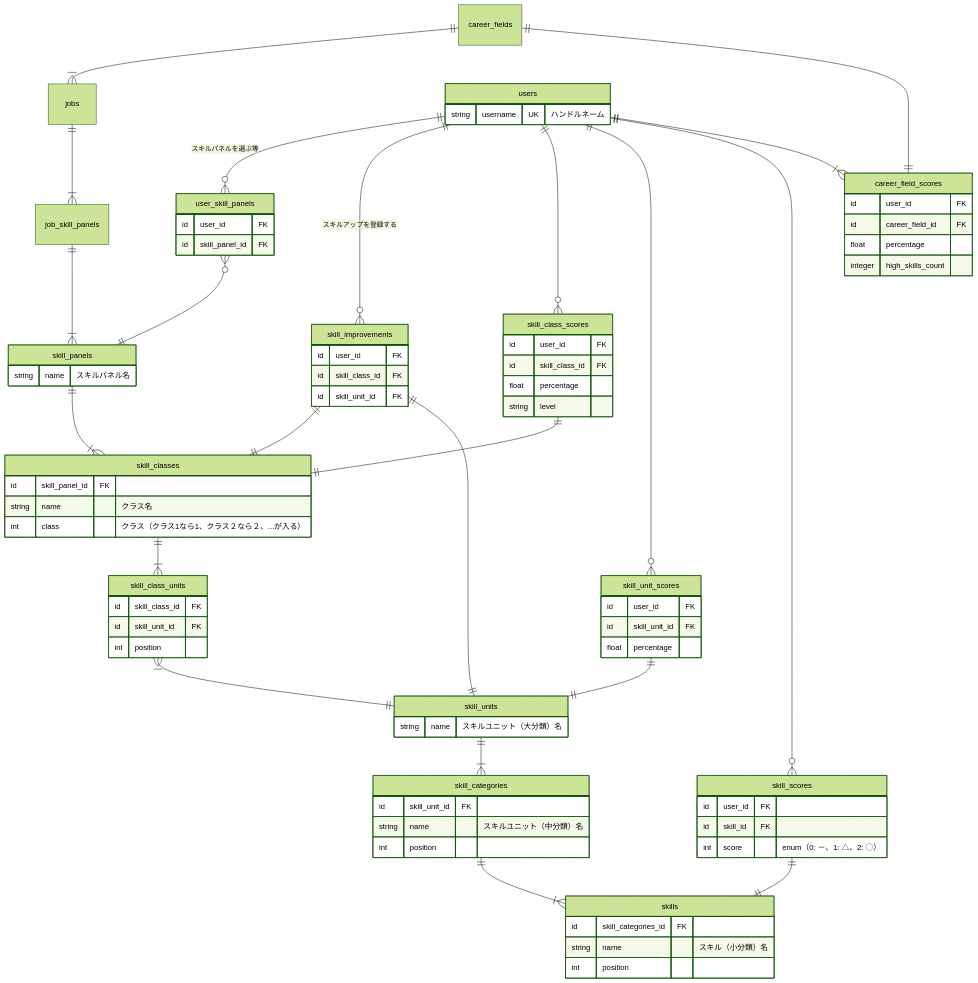
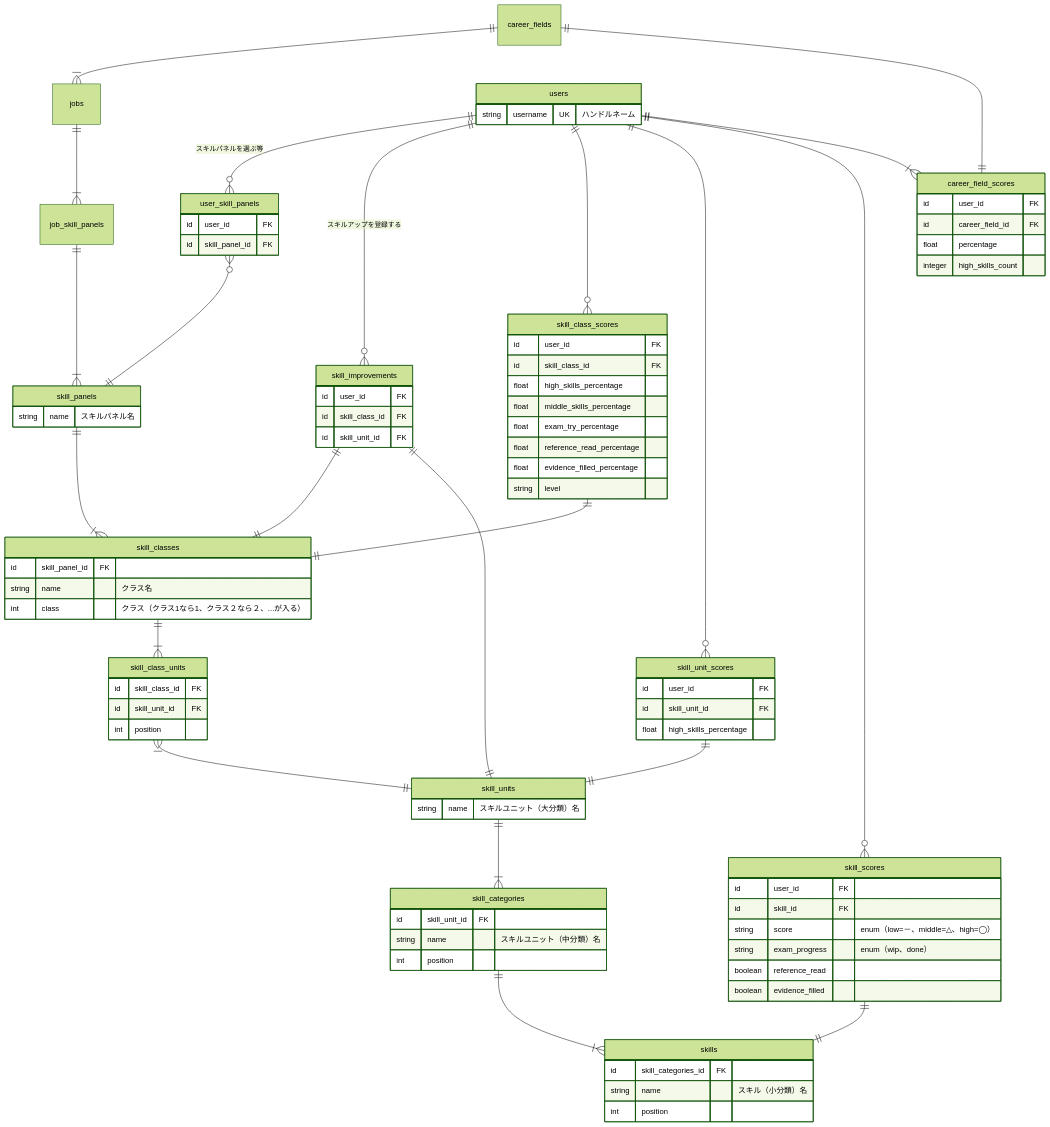
Before and after one commit to bright-org/bright: the second of 2 diagrams in docs/conceptual_schemas/skills.md, drawn with Mermaid (forest theme). The commit also changed 1 other file, not shown here.

Commit message:
docs: ドーナツグラフ表示に伴うスキーマ定義

```diff
--- a/docs/conceptual_schemas/skills.md
+++ b/docs/conceptual_schemas/skills.md
@@ -133,20 +133,27 @@
   skill_class_scores {
     id user_id FK
     id skill_class_id FK
-    float percentage
+    float high_skills_percentage
+    float middle_skills_percentage
+    float exam_try_percentage
+    float reference_read_percentage
+    float evidence_filled_percentage
     string level
   }
 
   skill_unit_scores {
     id user_id FK
     id skill_unit_id FK
-    float percentage
+    float high_skills_percentage
   }
 
   skill_scores {
     id user_id FK
     id skill_id FK
-    int score "enum（0: －、1: △、2: ◯）"
+    string score "enum（low=－、middle=△、high=◯）"
+    string exam_progress "enum（wip、done）"
+    boolean reference_read
+    boolean evidence_filled
   }
 
   career_field_scores {
```
